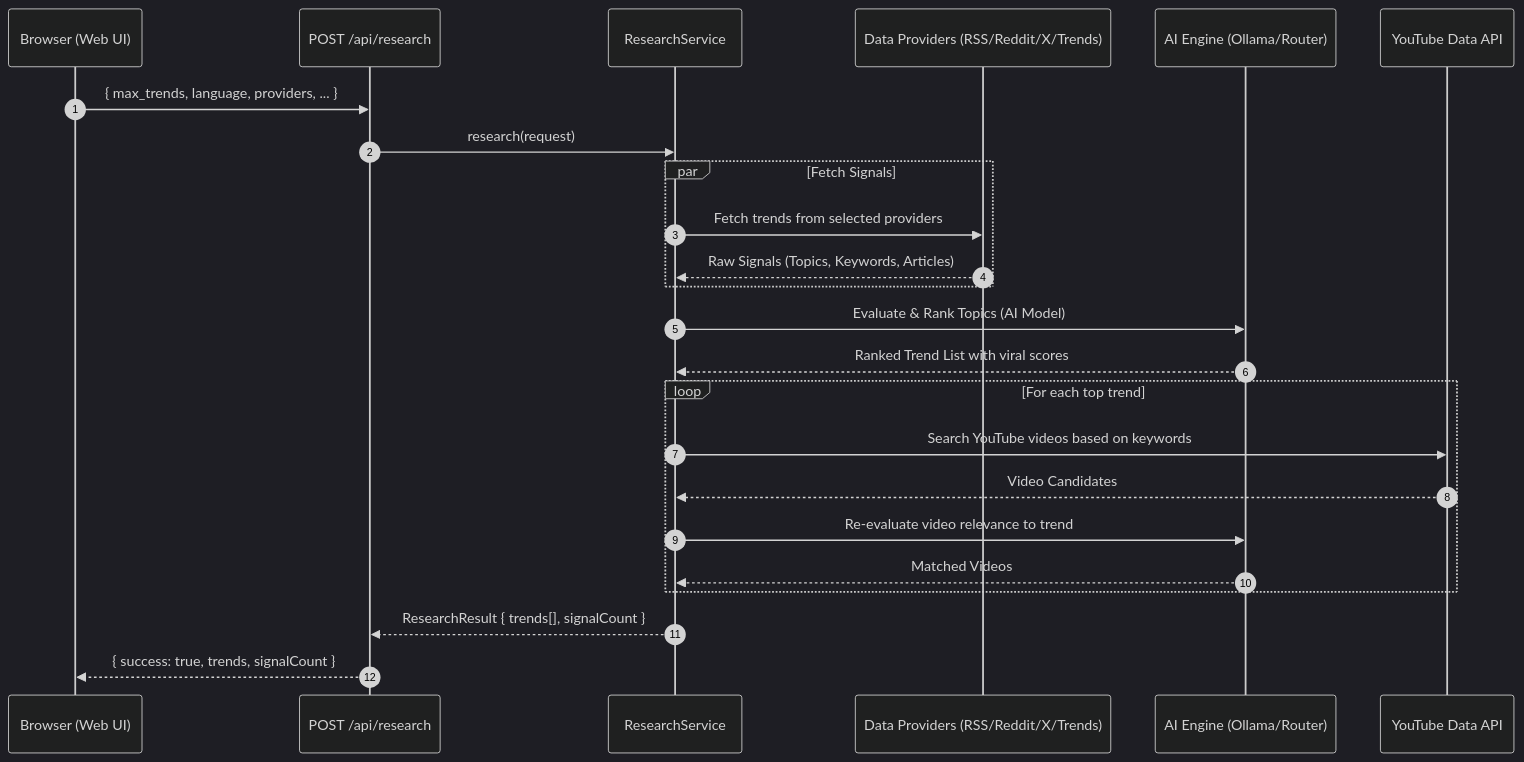
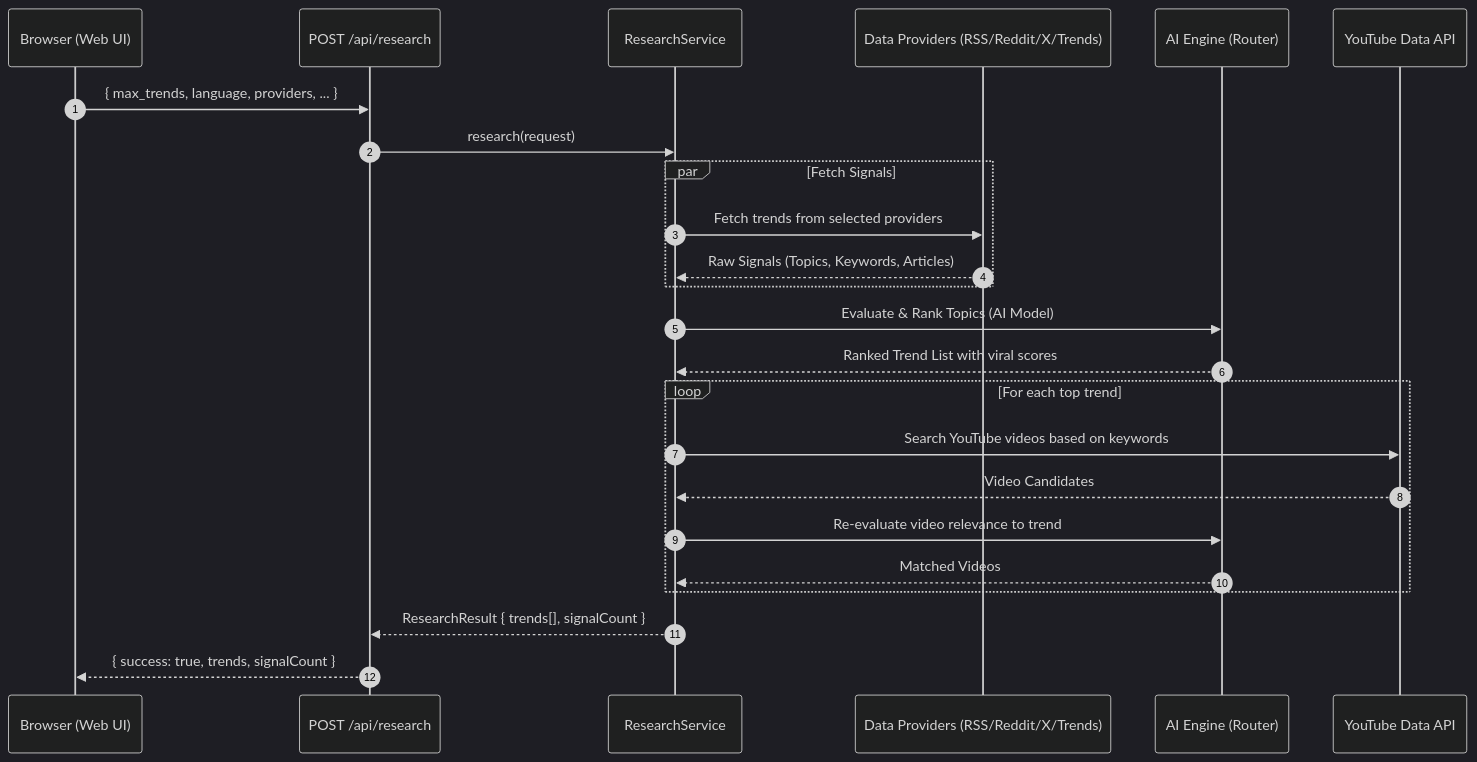
The second of 6 diagrams in documentation/clip-process-flow.md (satalesmana/youtube-clip), drawn with Mermaid (dark theme) before and after one commit. The commit also changed other lines of this file and 24 other files, not shown here.

````diff
--- a/documentation/clip-process-flow.md
+++ b/documentation/clip-process-flow.md
@@ -112,31 +112,31 @@
 ```mermaid
 sequenceDiagram
     autonumber
     participant Browser as Browser (Web UI)
     participant API as POST /api/research
     participant RS as ResearchService
     participant DP as Data Providers (RSS/Reddit/X/Trends)
-    participant AI as AI Engine (Ollama/Router)
+    participant AI as AI Engine (Router)
     participant YT as YouTube Data API
 
     Browser->>API: { max_trends, language, providers, ... }
     API->>RS: research(request)
     
     par Fetch Signals
         RS->>DP: Fetch trends from selected providers
         DP-->>RS: Raw Signals (Topics, Keywords, Articles)
     end
     
     RS->>AI: Evaluate & Rank Topics (AI Model)
     AI-->>RS: Ranked Trend List with viral scores
     
     loop For each top trend
         RS->>YT: Search YouTube videos based on keywords
         YT-->>RS: Video Candidates
         RS->>AI: Re-evaluate video relevance to trend
         AI-->>RS: Matched Videos
     end
     
     RS-->>API: ResearchResult { trends[], signalCount }
     API-->>Browser: { success: true, trends, signalCount }
 ```
````
